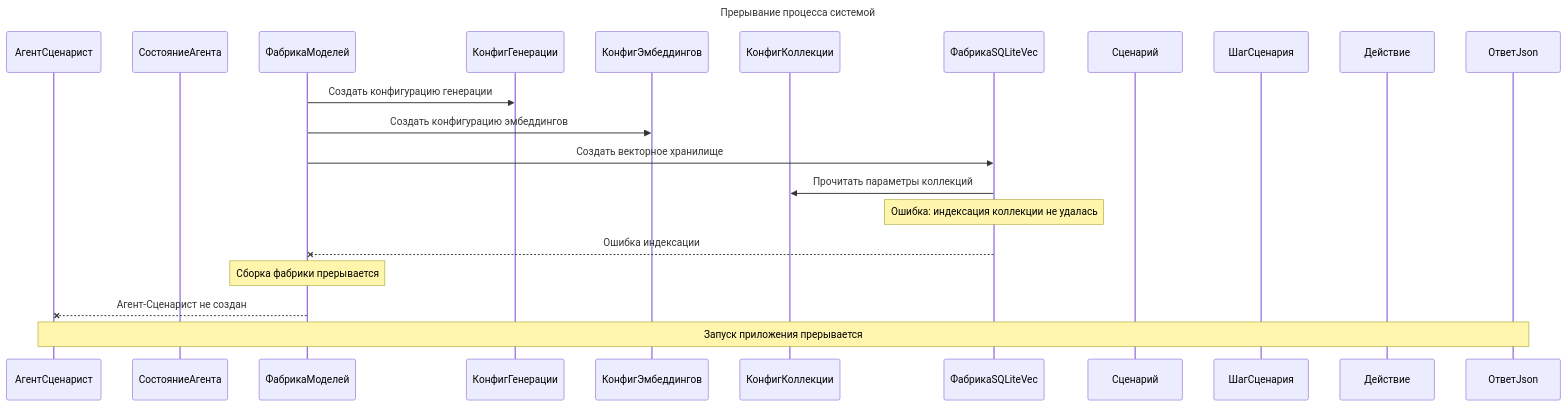
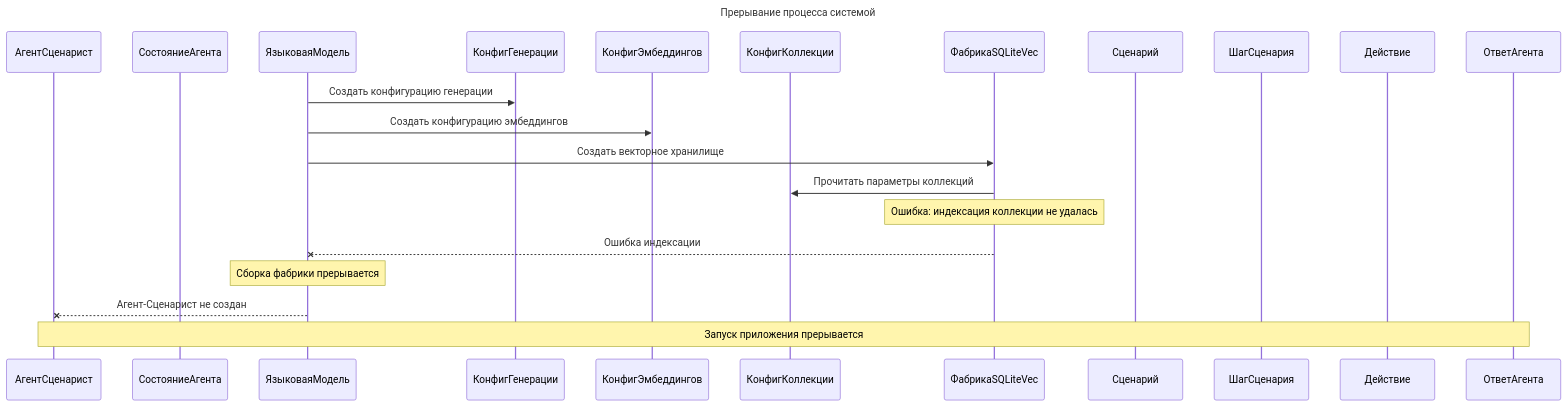
The second of 3 diagrams in Пакет Обработка эмбеддингов/2. Диаграмма последовательностей взаимодействия объектов классов пакета.md (CHSU-scenarAIst/diagrammy), drawn with Mermaid before and after one commit. The commit also changed other lines of this file and 7 other files, not shown here.

````diff
--- a/Пакет Обработка эмбеддингов/2. Диаграмма последовательностей взаимодействия объектов классов пакета.md
+++ b/Пакет Обработка эмбеддингов/2. Диаграмма последовательностей взаимодействия объектов классов пакета.md
@@ -50,27 +50,27 @@
 ```mermaid
 ---
 title: Прерывание процесса системой
 ---
 sequenceDiagram
     participant АгентСценарист
     participant СостояниеАгента
-    participant ФабрикаМоделей
+    participant ЯзыковаяМодель
     participant КонфигГенерации
     participant КонфигЭмбеддингов
     participant КонфигКоллекции
     participant ФабрикаSQLiteVec
     participant Сценарий
     participant ШагСценария
     participant Действие
-    participant ОтветJson
+    participant ОтветАгента
 
-    ФабрикаМоделей->>КонфигГенерации: Создать конфигурацию генерации
-    ФабрикаМоделей->>КонфигЭмбеддингов: Создать конфигурацию эмбеддингов
-    ФабрикаМоделей->>ФабрикаSQLiteVec: Создать векторное хранилище
+    ЯзыковаяМодель->>КонфигГенерации: Создать конфигурацию генерации
+    ЯзыковаяМодель->>КонфигЭмбеддингов: Создать конфигурацию эмбеддингов
+    ЯзыковаяМодель->>ФабрикаSQLiteVec: Создать векторное хранилище
     ФабрикаSQLiteVec->>КонфигКоллекции: Прочитать параметры коллекций
     Note over ФабрикаSQLiteVec: Ошибка: индексация коллекции не удалась
-    ФабрикаSQLiteVec--xФабрикаМоделей: Ошибка индексации
-    Note over ФабрикаМоделей: Сборка фабрики прерывается
-    ФабрикаМоделей--xАгентСценарист: Агент-Сценарист не создан
-    Note over АгентСценарист,ОтветJson: Запуск приложения прерывается
+    ФабрикаSQLiteVec--xЯзыковаяМодель: Ошибка индексации
+    Note over ЯзыковаяМодель: Сборка фабрики прерывается
+    ЯзыковаяМодель--xАгентСценарист: Агент-Сценарист не создан
+    Note over АгентСценарист,ОтветАгента: Запуск приложения прерывается
 ```
````
